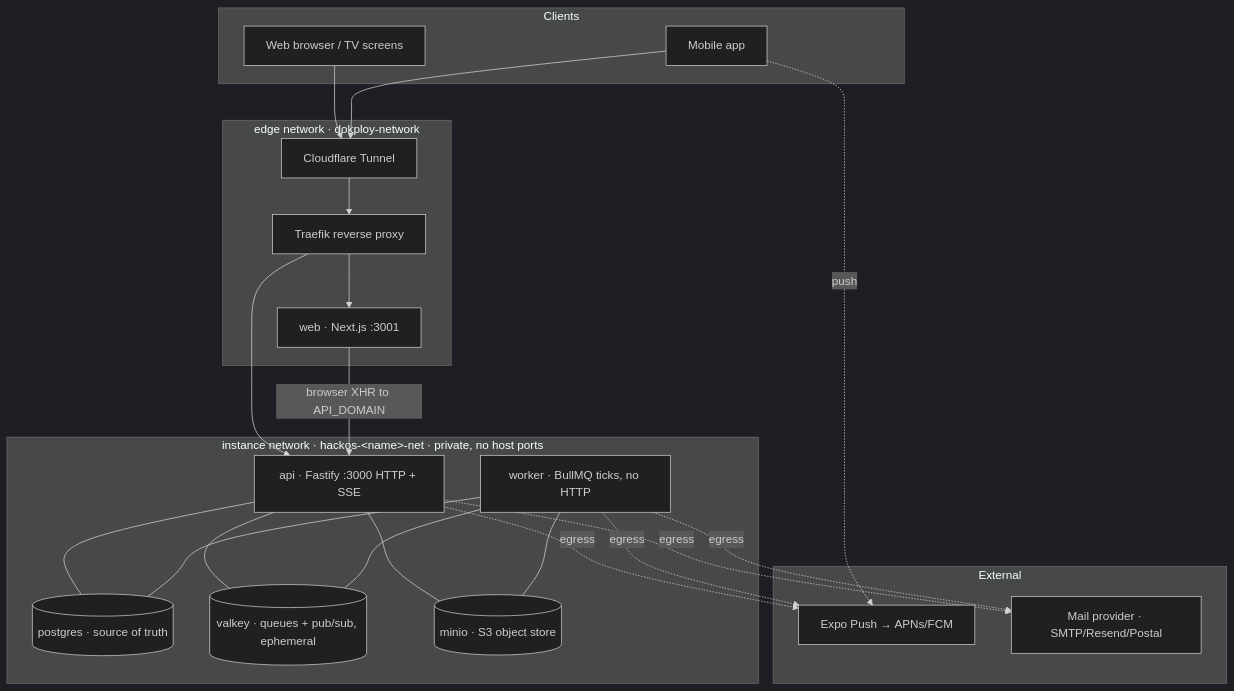
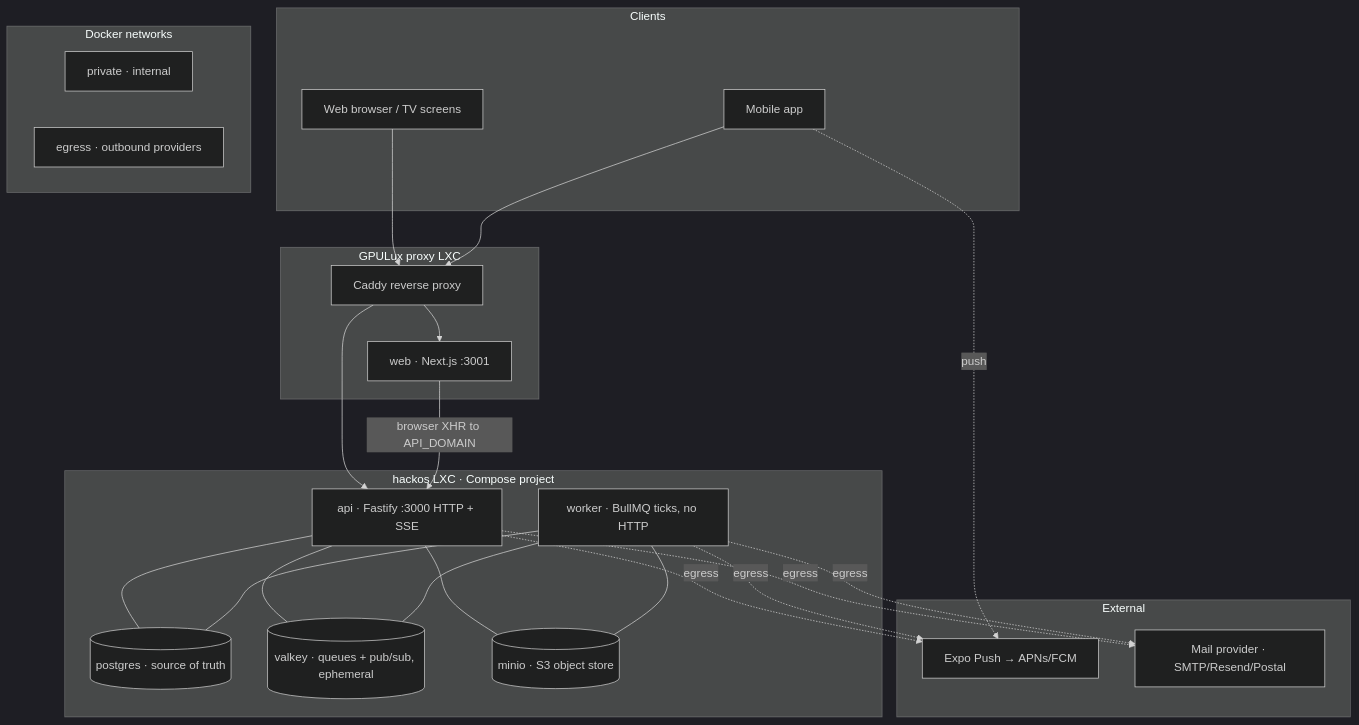
The first of 2 diagrams in docs/architecture.md (danicallero/hackOS), drawn with Mermaid (dark theme) before and after one commit. The commit also changed other lines of this file and 36 other files, not shown here.

Commit message:
chore(deploy): replace Dokploy CD with GPULux Incus

````diff
--- a/docs/architecture.md
+++ b/docs/architecture.md
@@ -29,35 +30,39 @@
 ```mermaid
 flowchart TB
     subgraph clients[Clients]
         browser[Web browser / TV screens]
         phone[Mobile app]
     end
 
-    subgraph edge[edge network · dokploy-network]
-        tunnel[Cloudflare Tunnel]
-        traefik[Traefik reverse proxy]
+    subgraph proxy[GPULux proxy LXC]
+        caddy[Caddy reverse proxy]
         web[web · Next.js :3001]
     end
 
-    subgraph instance[instance network · hackos-&lt;name&gt;-net · private, no host ports]
+    subgraph instance[hackos LXC · Compose project]
         api[api · Fastify :3000 HTTP + SSE]
         worker[worker · BullMQ ticks, no HTTP]
         pg[(postgres · source of truth)]
         vk[(valkey · queues + pub/sub, ephemeral)]
         minio[(minio · S3 object store)]
     end
 
+    subgraph docker[Docker networks]
+        private[private · internal]
+        egress[egress · outbound providers]
+    end
+
     subgraph ext[External]
         expo[Expo Push → APNs/FCM]
         mail[Mail provider · SMTP/Resend/Postal]
     end
 
-    browser & phone --> tunnel --> traefik
-    traefik --> web
-    traefik --> api
+    browser & phone --> caddy
+    caddy --> web
+    caddy --> api
     web -->|browser XHR to API_DOMAIN| api
     api --- pg & vk & minio
     worker --- pg & vk & minio
     api & worker -.egress.-> expo & mail
     phone -.push.-> expo
 ```
````
